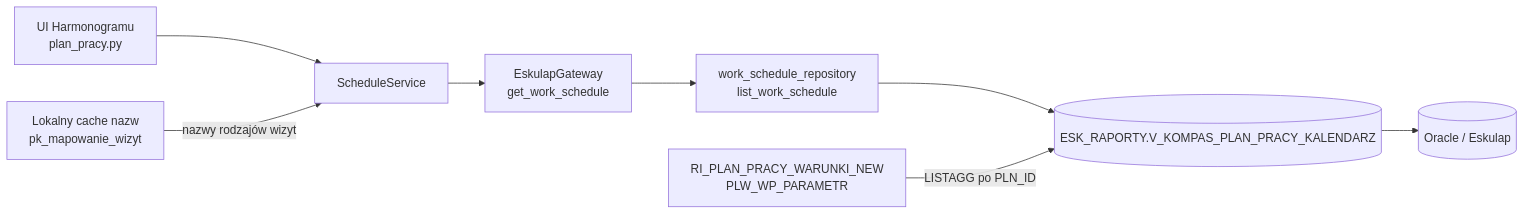
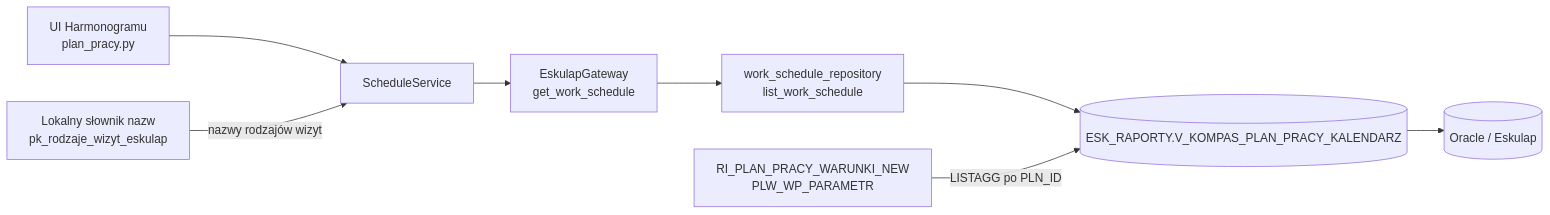
One commit to psychlodz/panel-koordynatora changed the diagram in docs/ARCHITECTURE/SCHEDULE_DATA_SOURCE.md. Above: the diagram before and after it, drawn with Mermaid. The commit also changed other lines of this file and 18 other files, not shown here.

Commit message:
ADM-VISIT-DICT-1 — Lokalny słownik rodzajów wizyt i synchronizacja z Eskulapem

````diff
--- a/docs/ARCHITECTURE/SCHEDULE_DATA_SOURCE.md
+++ b/docs/ARCHITECTURE/SCHEDULE_DATA_SOURCE.md
@@ -17,19 +17,19 @@
 ```mermaid
 flowchart LR
     UI["UI Harmonogramu<br/>plan_pracy.py"]
     S["ScheduleService"]
     G["EskulapGateway<br/>get_work_schedule"]
     R["work_schedule_repository<br/>list_work_schedule"]
     W["RI_PLAN_PRACY_WARUNKI_NEW<br/>PLW_WP_PARAMETR"]
     V[("ESK_RAPORTY.V_KOMPAS_PLAN_PRACY_KALENDARZ")]
     O[("Oracle / Eskulap")]
-    L["Lokalny cache nazw<br/>pk_mapowanie_wizyt"]
+    L["Lokalny słownik nazw<br/>pk_rodzaje_wizyt_eskulap"]
 
     UI --> S
     S --> G
     G --> R
     R --> V
     W -->|"LISTAGG po PLN_ID"| V
     V --> O
     L -->|"nazwy rodzajów wizyt"| S
 ```
````
